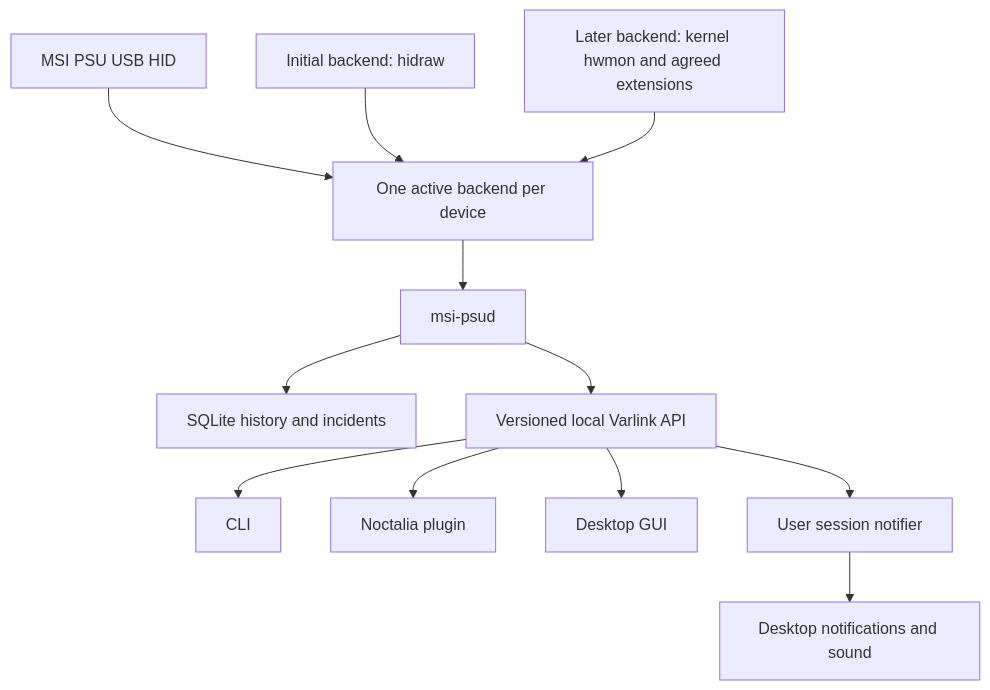
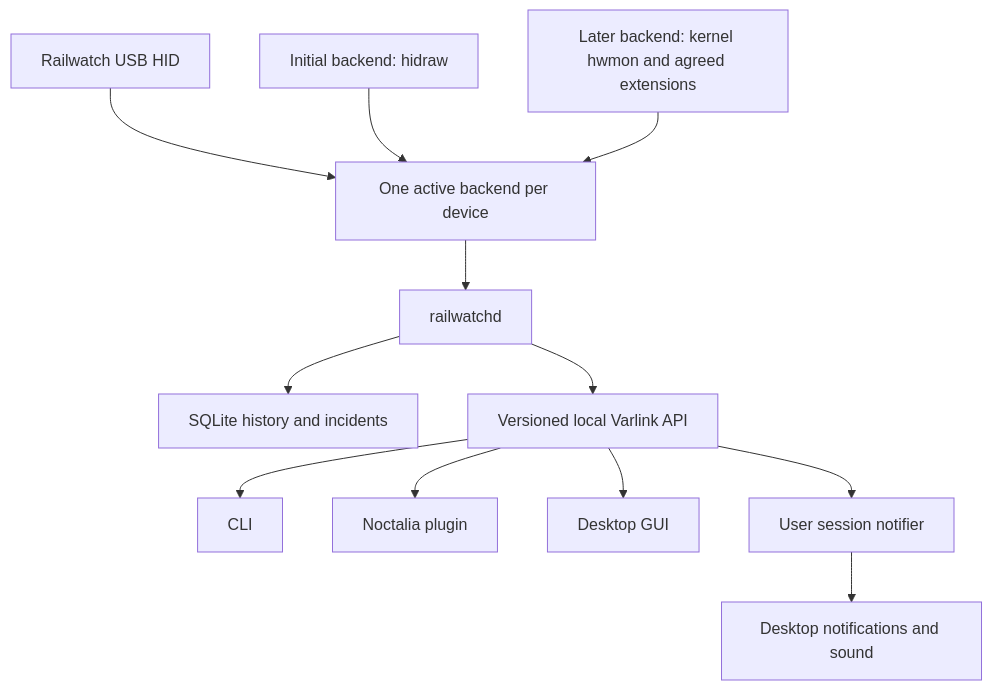
The diagram in PLAN.md (Gustav0ar/railwatch), drawn with Mermaid before and after one commit. The commit also changed other lines of this file and 52 other files, not shown here.

````diff
--- a/PLAN.md
+++ b/PLAN.md
@@ -67,14 +67,14 @@
 ```mermaid
 flowchart TD
-    PSU[MSI PSU USB HID] --> BACKEND[One active backend per device]
+    PSU[Railwatch USB HID] --> BACKEND[One active backend per device]
     RAW[Initial backend: hidraw] --> BACKEND
     KERNEL[Later backend: kernel hwmon and agreed extensions] --> BACKEND
-    BACKEND --> DAEMON[msi-psud]
+    BACKEND --> DAEMON[railwatchd]
     DAEMON --> STORE[SQLite history and incidents]
     DAEMON --> IPC[Versioned local Varlink API]
     IPC --> CLI[CLI]
     IPC --> PLUGIN[Noctalia plugin]
     IPC --> GUI[Desktop GUI]
     IPC --> NOTIFIER[User session notifier]
     NOTIFIER --> DESKTOP[Desktop notifications and sound]
 ```
````
